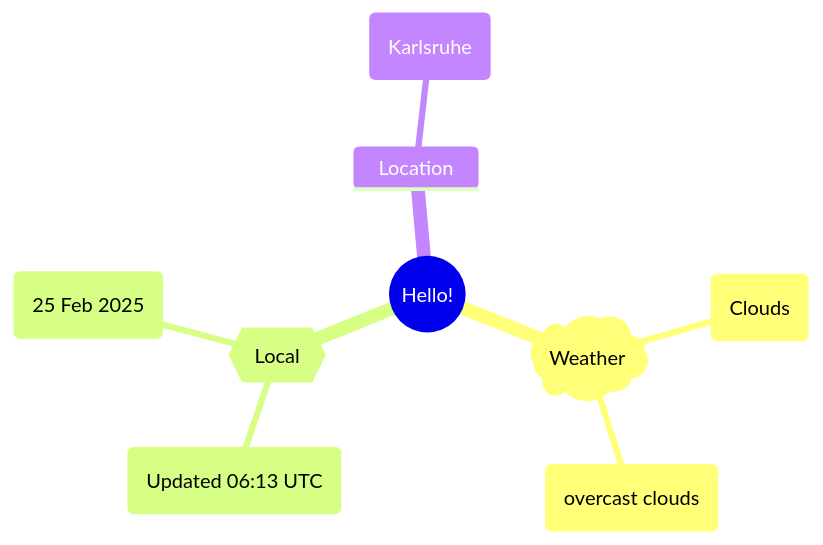
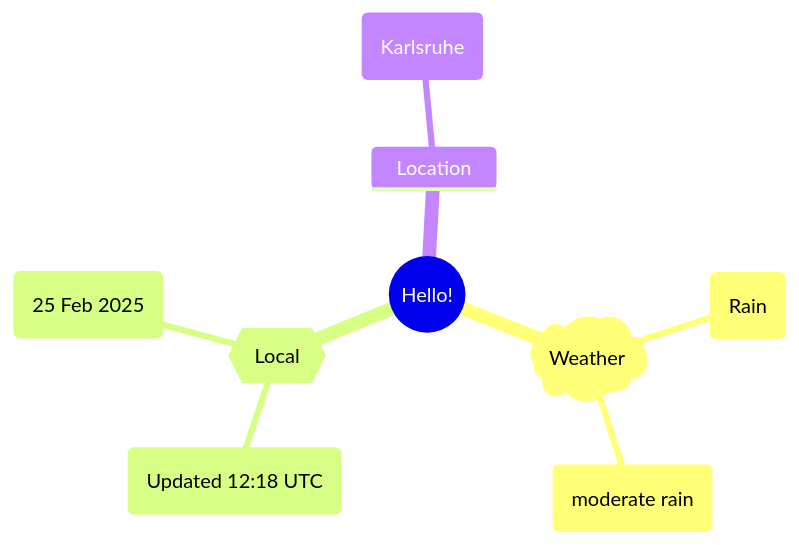
One commit to Xosrov/Xosrov changed the first of 2 diagrams in README.md. Above: the diagram before and after it, drawn with Mermaid.

Commit message:
[bot] updated images

````diff
--- a/README.md
+++ b/README.md
@@ -3,12 +3,12 @@
 ```mermaid
 mindmap
   root((Hello!))
     )Weather(
-        (Clouds)
-        (overcast clouds)
+        (Rain)
+        (moderate rain)
     {{Local}}
-        (Updated 06:13 UTC)
+        (Updated 12:18 UTC)
         (25 Feb 2025)
     Location
         (Karlsruhe)
 ```
````
